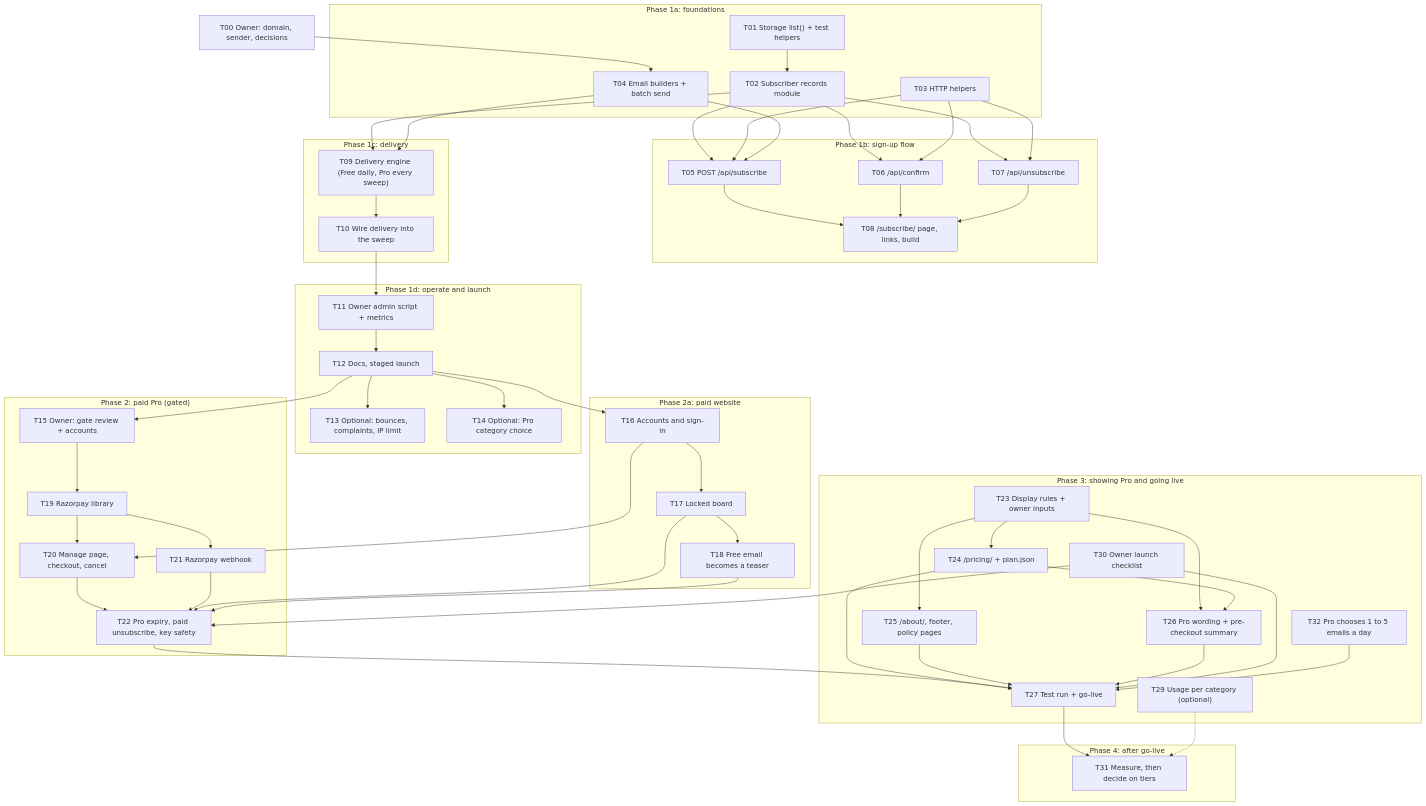
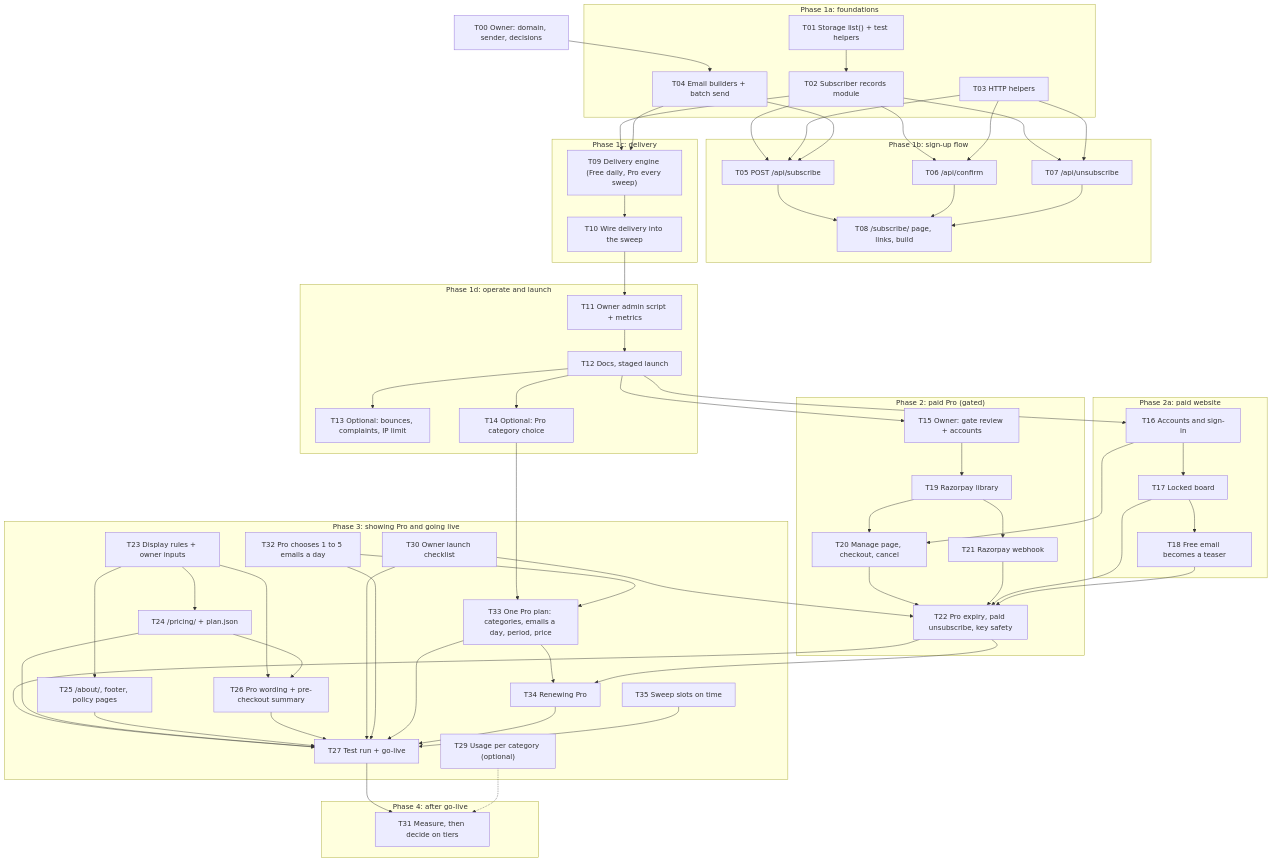
Before and after one commit to bhawnamanglapm/travel-problem-radar-case-study: the diagram in docs/subscriptions/tasks/README.md, drawn with Mermaid. The commit also changed other lines of this file and 46 other files, not shown here.

````diff
--- a/docs/subscriptions/tasks/README.md
+++ b/docs/subscriptions/tasks/README.md
@@ -36,71 +38,77 @@
 ```mermaid
 flowchart TD
   T00["T00 Owner: domain, sender, decisions"]
   subgraph P1A["Phase 1a: foundations"]
     T01["T01 Storage list() + test helpers"]
     T02["T02 Subscriber records module"]
     T03["T03 HTTP helpers"]
     T04["T04 Email builders + batch send"]
   end
   subgraph P1B["Phase 1b: sign-up flow"]
     T05["T05 POST /api/subscribe"]
     T06["T06 /api/confirm"]
     T07["T07 /api/unsubscribe"]
     T08["T08 /subscribe/ page, links, build"]
   end
   subgraph P1C["Phase 1c: delivery"]
     T09["T09 Delivery engine (Free daily, Pro every sweep)"]
     T10["T10 Wire delivery into the sweep"]
   end
   subgraph P1D["Phase 1d: operate and launch"]
     T11["T11 Owner admin script + metrics"]
     T12["T12 Docs, staged launch"]
     T13["T13 Optional: bounces, complaints, IP limit"]
     T14["T14 Optional: Pro category choice"]
   end
   subgraph P2A["Phase 2a: paid website"]
     T16["T16 Accounts and sign-in"]
     T17["T17 Locked board"]
     T18["T18 Free email becomes a teaser"]
   end
   subgraph P2["Phase 2: paid Pro (gated)"]
     T15["T15 Owner: gate review + accounts"]
     T19["T19 Razorpay library"]
     T20["T20 Manage page, checkout, cancel"]
     T21["T21 Razorpay webhook"]
     T22["T22 Pro expiry, paid unsubscribe, key safety"]
   end
   subgraph P3["Phase 3: showing Pro and going live"]
     T23["T23 Display rules + owner inputs"]
     T24["T24 /pricing/ + plan.json"]
     T25["T25 /about/, footer, policy pages"]
     T26["T26 Pro wording + pre-checkout summary"]
     T27["T27 Test run + go-live"]
     T32["T32 Pro chooses 1 to 5 emails a day"]
     T29["T29 Usage per category (optional)"]
     T30["T30 Owner launch checklist"]
+    T33["T33 One Pro plan: categories, emails a day, period, price"]
+    T34["T34 Renewing Pro"]
+    T35["T35 Sweep slots on time"]
   end
   subgraph P4["Phase 4: after go-live"]
     T31["T31 Measure, then decide on tiers"]
   end
   T00 --> T04
   T01 --> T02
   T02 --> T05 & T06 & T07 & T09
   T03 --> T05 & T06 & T07
   T04 --> T05 & T09
   T05 & T06 & T07 --> T08
   T09 --> T10
   T10 --> T11 --> T12
   T12 --> T13 & T14
   T12 --> T15 --> T19 --> T20 & T21
   T20 & T21 --> T22
   T12 --> T16 --> T17 --> T18
   T16 --> T20
   T17 & T18 --> T22
   T23 --> T24 & T25
   T23 & T24 --> T26
   T22 & T24 & T25 & T26 & T30 & T32 --> T27
+  T14 & T32 --> T33 --> T34
+  T22 --> T34
+  T33 & T34 & T35 --> T27
   T30 --> T22
   T27 --> T31
   T29 -.-> T31
 ```
````
